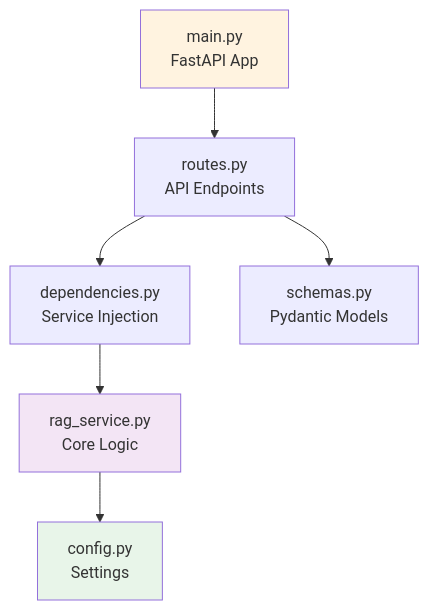
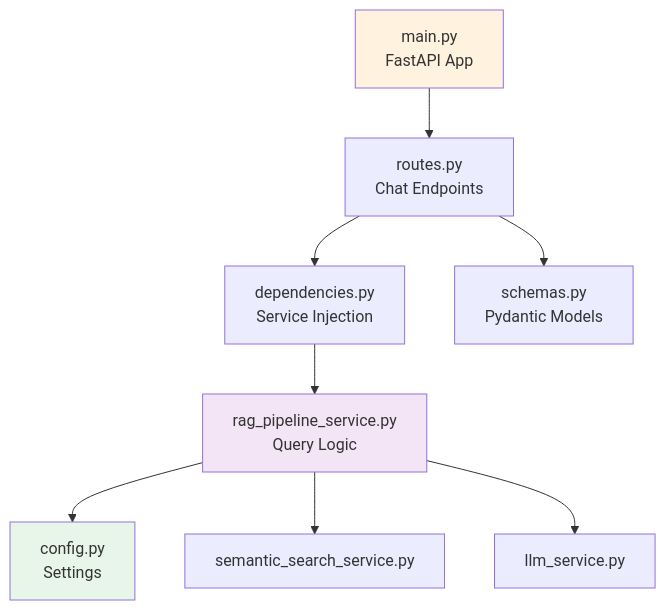
The sixth of 9 diagrams in README.md (NinobraV/knowra-onboarding-agent), drawn with Mermaid before and after one commit. The commit also changed other lines of this file and 22 other files, not shown here.

````diff
--- a/README.md
+++ b/README.md
@@ -555,12 +778,14 @@
 ```mermaid
 graph TD
-    MAIN[main.py<br/>FastAPI App] --> ROUTES[routes.py<br/>API Endpoints]
+    MAIN[main.py<br/>FastAPI App] --> ROUTES[routes.py<br/>Chat Endpoints]
     ROUTES --> DEPS[dependencies.py<br/>Service Injection]
-    DEPS --> RAG[rag_service.py<br/>Core Logic]
+    DEPS --> RAG[rag_pipeline_service.py<br/>Query Logic]
     RAG --> CONFIG[config.py<br/>Settings]
+    RAG --> SEARCH[semantic_search_service.py]
+    RAG --> LLM[llm_service.py]
     ROUTES --> SCHEMAS[schemas.py<br/>Pydantic Models]
     
     style MAIN fill:#fff3e0
     style RAG fill:#f3e5f5
     style CONFIG fill:#e8f5e9
 ```
````
